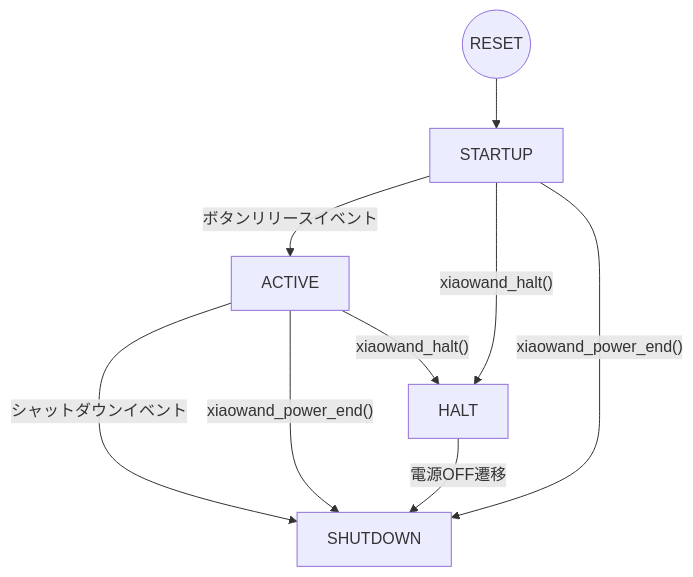
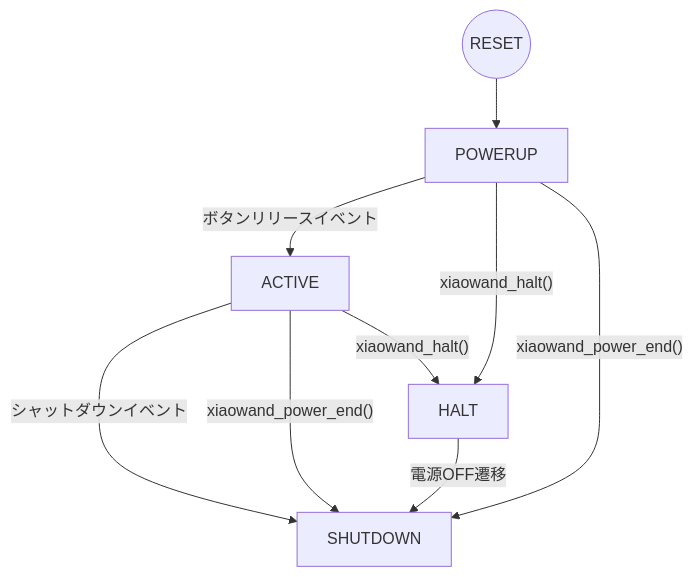
Before and after one commit to osafune/xiaowand: the diagram in xiaowand_programming_guide_jp.md, drawn with Mermaid. The commit also changed other lines of this file and 2 other files, not shown here.

````diff
--- a/xiaowand_programming_guide_jp.md
+++ b/xiaowand_programming_guide_jp.md
@@ -224,11 +226,11 @@
 ```mermaid
 flowchart TD
-  s1((RESET))-->STARTUP
-  STARTUP-->|ボタンリリースイベント|ACTIVE
-  STARTUP-->|"xiaowand_halt()"|HALT
-  STARTUP-->|"xiaowand_power_end()"|SHUTDOWN
+  s1((RESET))-->POWERUP
+  POWERUP-->|ボタンリリースイベント|ACTIVE
+  POWERUP-->|"xiaowand_halt()"|HALT
+  POWERUP-->|"xiaowand_power_end()"|SHUTDOWN
   ACTIVE-->|シャットダウンイベント|SHUTDOWN
   ACTIVE-->|"xiaowand_power_end()"|SHUTDOWN
   ACTIVE-->|"xiaowand_halt()"|HALT
   HALT-->|電源OFF遷移|SHUTDOWN
 ```
````
